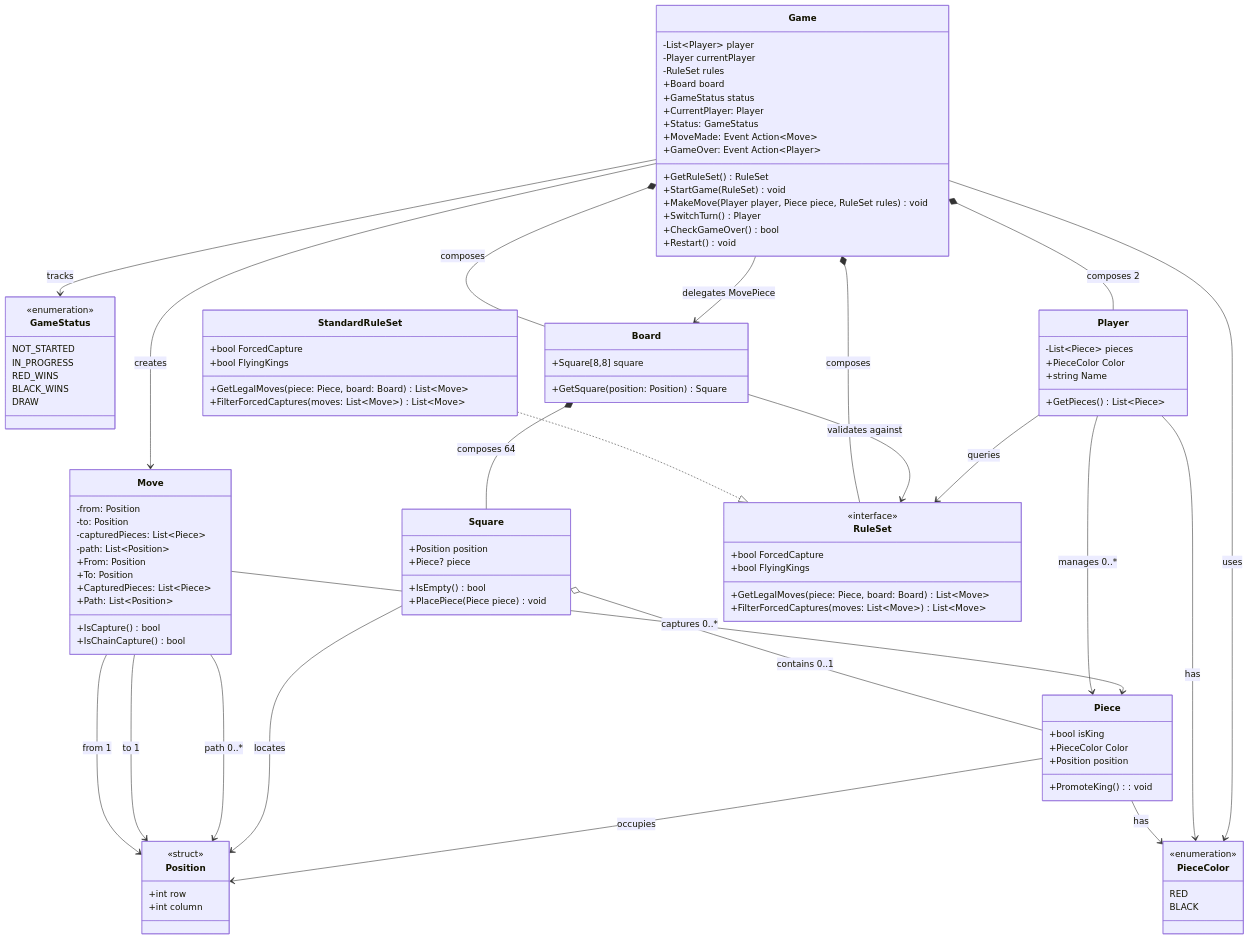
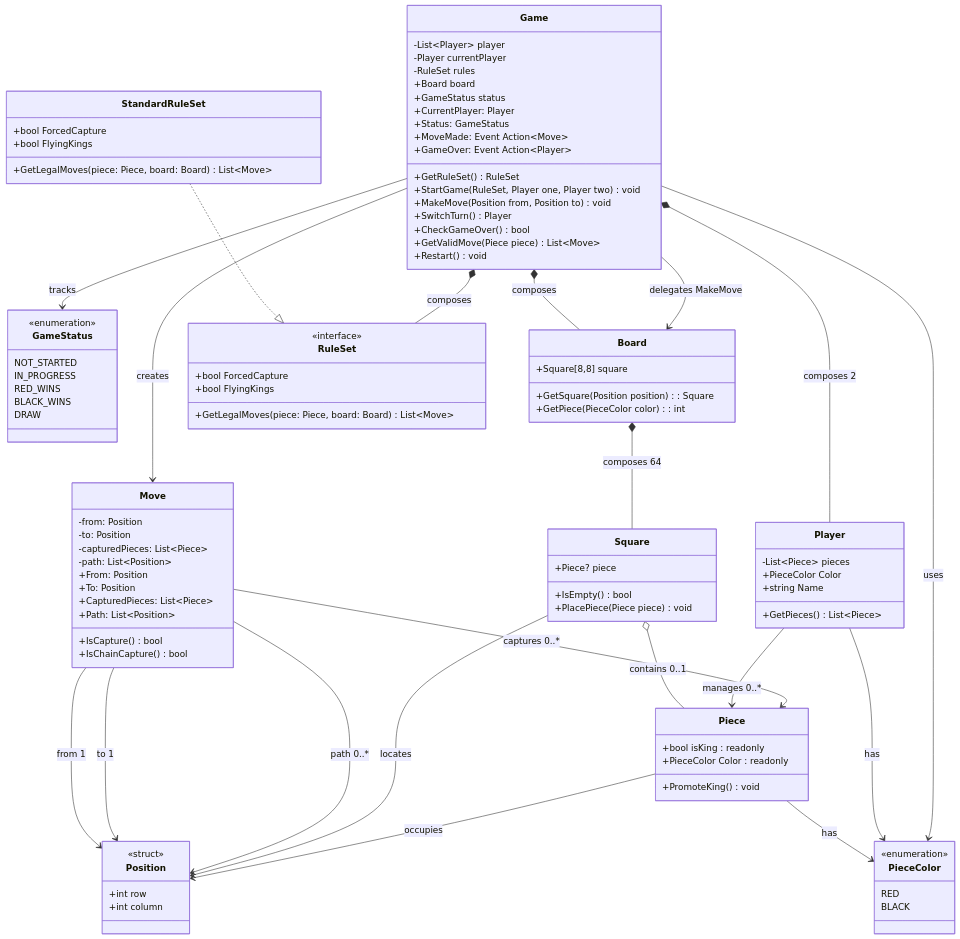
One commit to Dvizio/Batch20 changed the diagram in CheckersBoardgameClassDiagram/mermaidrevision.md. Above: the diagram before and after it, drawn with Mermaid.

Commit message:
update revision md

```diff
--- a/CheckersBoardgameClassDiagram/mermaidrevision.md
+++ b/CheckersBoardgameClassDiagram/mermaidrevision.md
@@ -27,15 +27,13 @@
 
   %% Single Piece class (no interface - only one piece type exists)
   class Piece {
-    +bool isKing
-    +PieceColor Color
-    +Position position
-    +PromoteKing() : void
+    +bool isKing : readonly
+    +PieceColor Color : readonly
+    +PromoteKing() void
   }
 
   %% Board and Square
   class Square {
-    +Position position
     +Piece? piece
     +IsEmpty() bool
     +PlacePiece(Piece piece) void
@@ -43,7 +41,8 @@
 
   class Board {
     +Square[8,8] square
-    +GetSquare(position: Position) Square
+    +GetSquare(Position position) : Square
+    +GetPiece(PieceColor color) : int
   }
 
   %% Move as pure data/intent - no Execute()
@@ -66,14 +65,12 @@
     +bool ForcedCapture
     +bool FlyingKings
     +GetLegalMoves(piece: Piece, board: Board) List~Move~
-    +FilterForcedCaptures(moves: List~Move~) List~Move~
   }
 
   class StandardRuleSet {
     +bool ForcedCapture
     +bool FlyingKings
     +GetLegalMoves(piece: Piece, board: Board) List~Move~
-    +FilterForcedCaptures(moves: List~Move~) List~Move~
   }
 
   %% Player
@@ -96,10 +93,11 @@
     +MoveMade: Event Action~Move~
     +GameOver: Event Action~Player~
     +GetRuleSet() RuleSet
-    +StartGame(RuleSet) void
-    +MakeMove(Player player, Piece piece, RuleSet rules) void
+    +StartGame(RuleSet, Player one, Player two) void
+    +MakeMove(Position from, Position to) void
     +SwitchTurn() Player
     +CheckGameOver() bool
+    +GetValidMove(Piece piece) List~Move~
     +Restart() void
   }
 
@@ -133,12 +131,10 @@
 
   %% Dependency: Game uses Move; Board is the sole mutator
   Game --> Move : creates
-  Game --> Board : delegates MovePiece
+  Game --> Board : delegates MakeMove
 
   %% Rules are pluggable and used by both Board and Player
   Game *-- RuleSet : composes
-  Board --> RuleSet : validates against
-  Player --> RuleSet : queries
 
   %% Value Object: Position used throughout
   Square --> Position : locates
```
